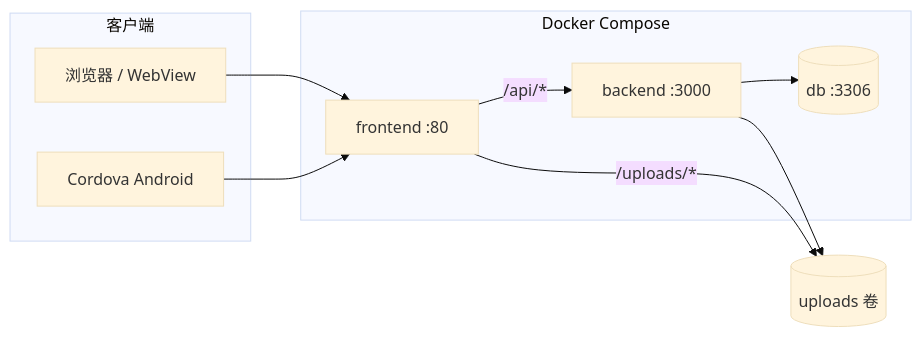
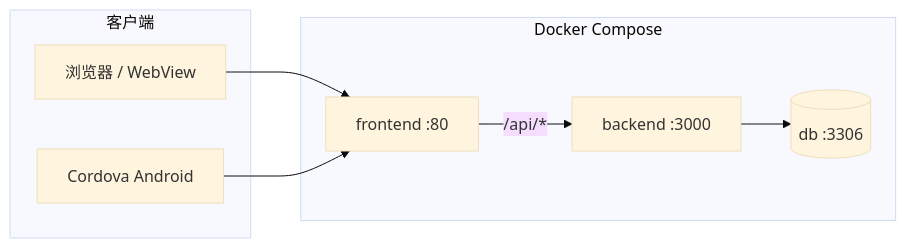
One commit to as1285/test_platform changed the diagram in README.md. Above: the diagram before and after it, drawn with Mermaid (base theme). The commit also changed other lines of this file and 1 other file, not shown here.

````diff
--- a/README.md
+++ b/README.md
@@ -24,20 +141,16 @@
 ```mermaid
 flowchart LR
   subgraph client [客户端]
     Browser[浏览器 / WebView]
     Cordova[Cordova Android]
   end
-
   subgraph docker [Docker Compose]
     Nginx[frontend :80]
     API[backend :3000]
     MySQL[(db :3306)]
   end
-
   Browser --> Nginx
   Cordova --> Nginx
   Nginx -->|/api/*| API
-  Nginx -->|/uploads/*| Vol[(uploads 卷)]
   API --> MySQL
-  API --> Vol
 ```
````
